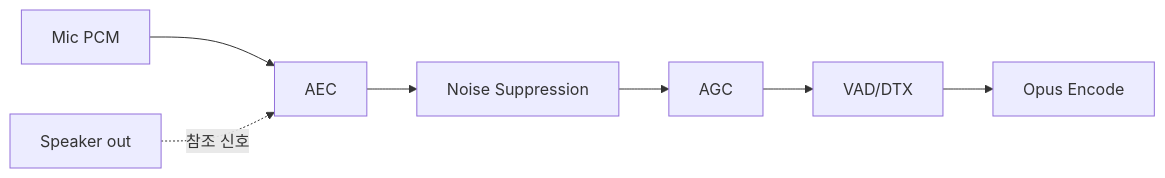
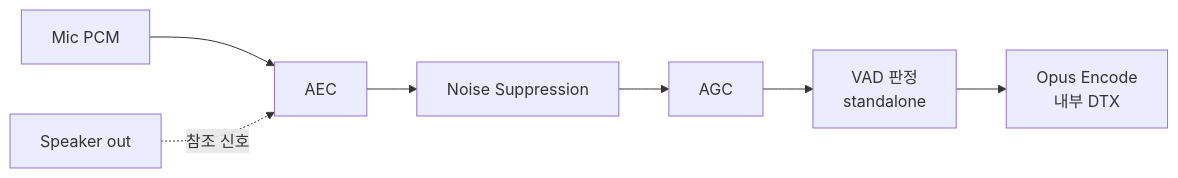
The fifth of 6 diagrams in network/part14_voice.md (Rein-ArXiv/game-dev-curriculum), drawn with Mermaid before and after one commit. The commit also changed other lines of this file and 279 other files, not shown here.

````diff
--- a/network/part14_voice.md
+++ b/network/part14_voice.md
@@ -507,9 +518,9 @@
 ```mermaid
 flowchart LR
     M[Mic PCM] --> AEC[AEC]
     AEC --> NS[Noise Suppression]
     NS --> AGC[AGC]
-    AGC --> VAD[VAD/DTX]
-    VAD --> ENC[Opus Encode]
+    AGC --> VAD[VAD 판정<br/>standalone]
+    VAD --> ENC[Opus Encode<br/>내부 DTX]
     SPK[Speaker out] -.참조 신호.-> AEC
 ```
````
